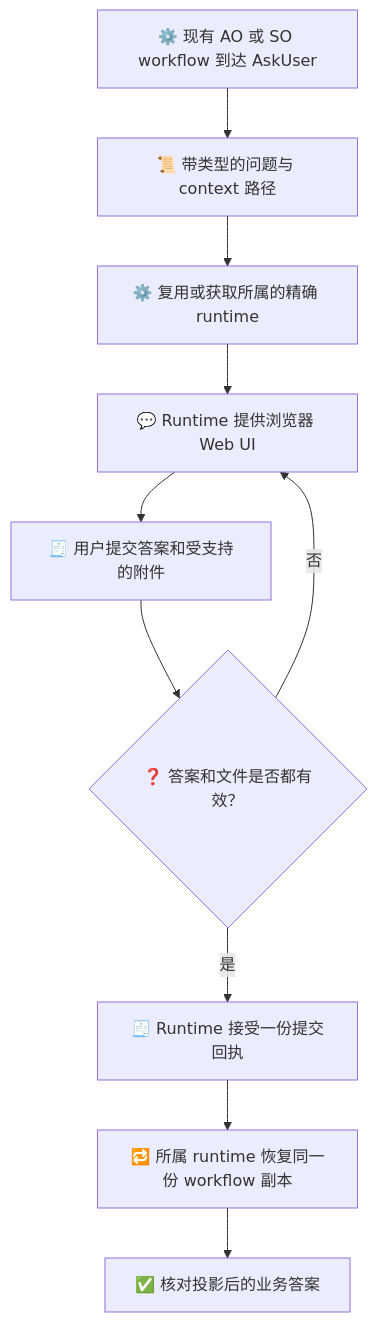
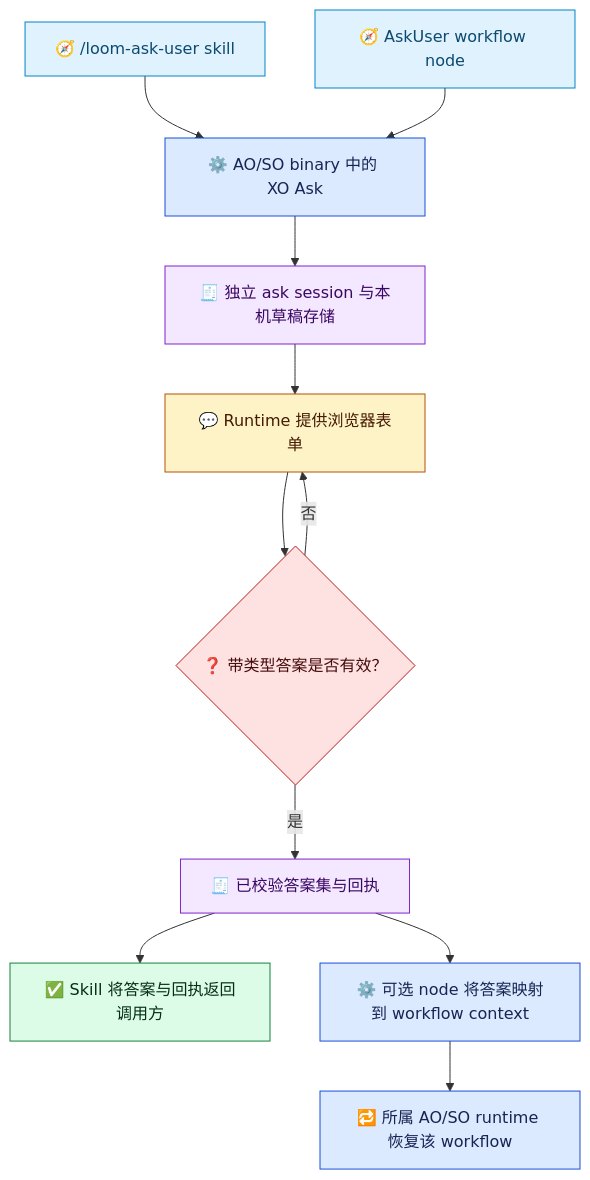
Before and after one commit to waynebaby/Techne-Loom: the diagram in docs/zh-cn/guides/ask-user-guide.md, drawn with Mermaid. The commit also changed other lines of this file and 38 other files, not shown here.

First line of the commit message:
feat(ask): add workflow-free AO/SO sessions / 支持 AO/SO 独立问答

````diff
--- a/docs/zh-cn/guides/ask-user-guide.md
+++ b/docs/zh-cn/guides/ask-user-guide.md
@@ -27,12 +40,26 @@
 ```mermaid
 flowchart TD
-    OWNER["⚙️ 现有 AO 或 SO workflow 到达 AskUser"] --> CONTRACT["📜 带类型的问题与 context 路径"]
-    CONTRACT --> RUNTIME["⚙️ 复用或获取所属的精确 runtime"]
-    RUNTIME --> FORM["💬 Runtime 提供浏览器 Web UI"]
-    FORM --> ANSWER["🧾 用户提交答案和受支持的附件"]
-    ANSWER --> VALIDATE{"❓ 答案和文件是否都有效？"}
-    VALIDATE -- "否" --> FORM
-    VALIDATE -- "是" --> RECEIPT["🧾 Runtime 接受一份提交回执"]
-    RECEIPT --> RESUME["🔁 所属 runtime 恢复同一份 workflow 副本"]
-    RESUME --> DONE["✅ 核对投影后的业务答案"]
+    SKILL["🧭 /loom-ask-user skill"] --> XO["⚙️ AO/SO binary 中的 XO Ask"]
+    NODE["🧭 AskUser workflow node"] --> XO
+    XO --> SESSION["🧾 独立 ask session 与本机草稿存储"]
+    SESSION --> FORM["💬 Runtime 提供浏览器表单"]
+    FORM --> CHECK{"❓ 带类型答案是否有效？"}
+    CHECK -- "否" --> FORM
+    CHECK -- "是" --> RECEIPT["🧾 已校验答案集与回执"]
+    RECEIPT --> DIRECT["✅ Skill 将答案与回执返回调用方"]
+    RECEIPT --> MAP["⚙️ 可选 node 将答案映射到 workflow context"]
+    MAP --> RESUME["🔁 所属 AO/SO runtime 恢复该 workflow"]
+
+    classDef intake fill:#e0f2fe,stroke:#0284c7,color:#0c4a6e;
+    classDef runtime fill:#dbeafe,stroke:#1d4ed8,color:#172554;
+    classDef user fill:#fef3c7,stroke:#b45309,color:#451a03;
+    classDef evidence fill:#f3e8ff,stroke:#7e22ce,color:#3b0764;
+    classDef decision fill:#fee2e2,stroke:#b91c1c,color:#450a0a;
+    classDef complete fill:#dcfce7,stroke:#15803d,color:#052e16;
+    class SKILL,NODE intake;
+    class XO,MAP,RESUME runtime;
+    class FORM user;
+    class SESSION,RECEIPT evidence;
+    class CHECK decision;
+    class DIRECT complete;
 ```
````
